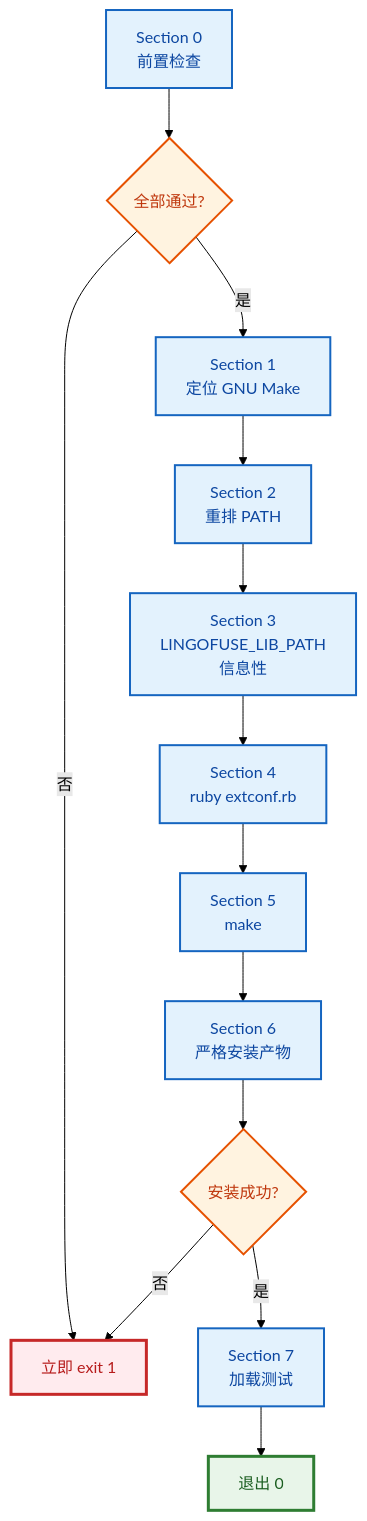
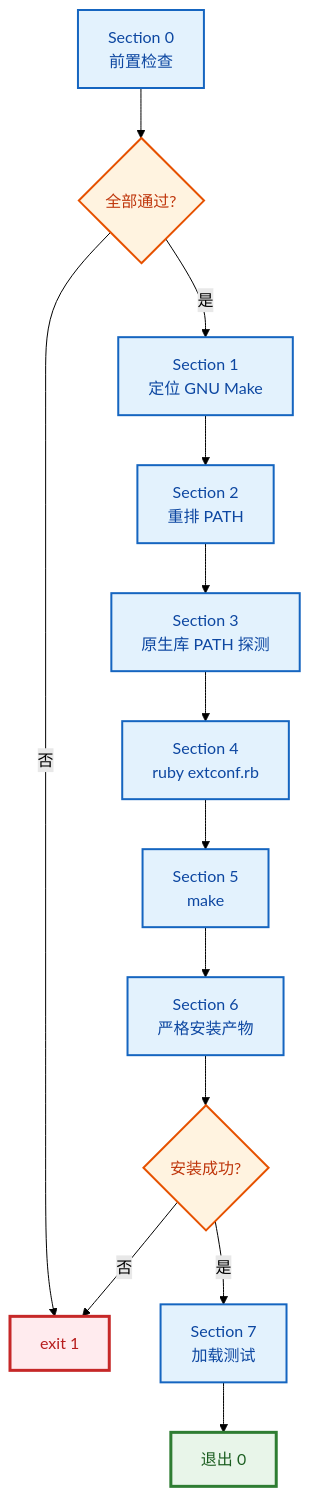
Before and after one commit to PassByYou888/LingoFuse: the tenth of 21 diagrams in ruby/README.md, drawn with Mermaid (forest theme). The commit also changed other lines of this file and 8 other files, not shown here.

````diff
--- a/ruby/README.md
+++ b/ruby/README.md
@@ -608,25 +454,25 @@
 ```mermaid
 flowchart TD
     S0["Section 0<br/>前置检查"] --> Q0{"全部通过?"}
-    Q0 -->|"否"| Fail["立即 exit 1"]
+    Q0 -->|"否"| Fail["exit 1"]
     Q0 -->|"是"| S1["Section 1<br/>定位 GNU Make"]
     S1 --> S2["Section 2<br/>重排 PATH"]
-    S2 --> S3["Section 3<br/>LINGOFUSE_LIB_PATH<br/>信息性"]
+    S2 --> S3["Section 3<br/>原生库 PATH 探测"]
     S3 --> S4["Section 4<br/>ruby extconf.rb"]
     S4 --> S5["Section 5<br/>make"]
     S5 --> S6["Section 6<br/>严格安装产物"]
     S6 --> Q6{"安装成功?"}
     Q6 -->|"否"| Fail
     Q6 -->|"是"| S7["Section 7<br/>加载测试"]
     S7 --> Done["退出 0"]
 
     classDef step fill:#E3F2FD,stroke:#1565C0,stroke-width:2px,color:#0D47A1
     classDef check fill:#FFF3E0,stroke:#E65100,stroke-width:2px,color:#BF360C
     classDef fail fill:#FFEBEE,stroke:#C62828,stroke-width:3px,color:#B71C1C
-    classDef done fill:#E8F5E9,stroke:#2E7D32,stroke-width:3px,color:#1B5E20
+    classDef ok fill:#E8F5E9,stroke:#2E7D32,stroke-width:3px,color:#1B5E20
 
     class S0,S1,S2,S3,S4,S5,S6,S7 step
     class Q0,Q6 check
     class Fail fail
-    class Done done
+    class Done ok
 ```
````
